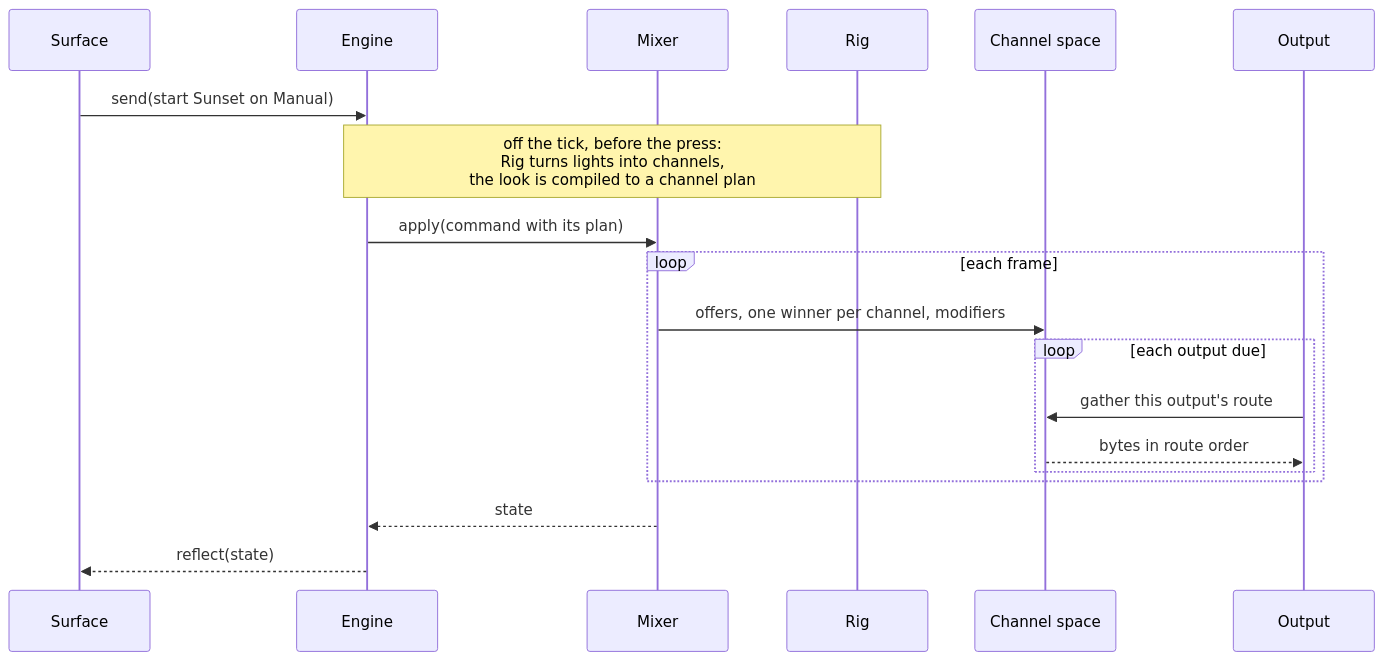
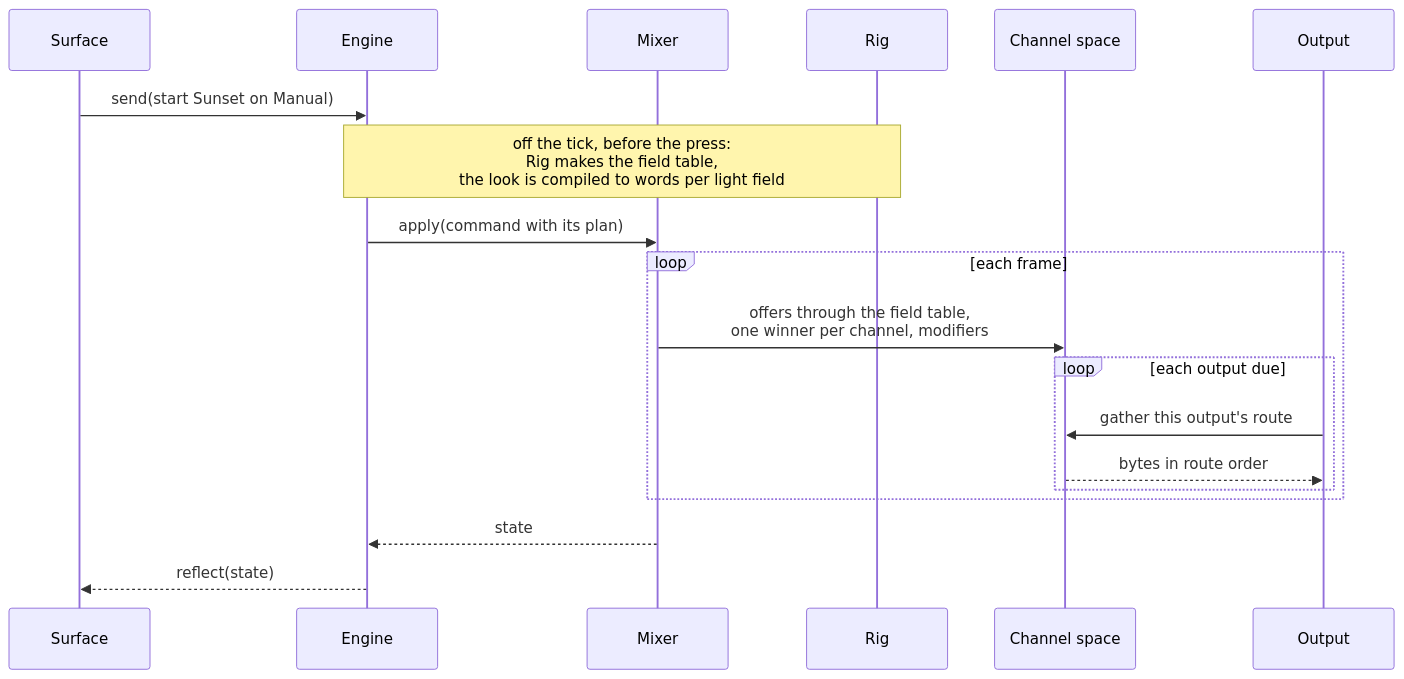
Before and after one commit to abossard/bossylights: the fifth of 6 diagrams in docs/design/modules.md, drawn with Mermaid. The commit also changed other lines of this file and 63 other files, not shown here.

First line of the commit message:
#250 L3: one mixer per channel; plays and grabs offer words through the field table

````diff
--- a/docs/design/modules.md
+++ b/docs/design/modules.md
@@ -153,21 +154,21 @@
 ```mermaid
 sequenceDiagram
   participant S as Surface
   participant D as Engine
   participant M as Mixer
   participant R as Rig
   participant C as Channel space
   participant O as Output
   S->>D: send(start Sunset on Manual)
-  Note over D,R: off the tick, before the press:<br/>Rig turns lights into channels,<br/>the look is compiled to a channel plan
+  Note over D,R: off the tick, before the press:<br/>Rig makes the field table,<br/>the look is compiled to words per light field
   D->>M: apply(command with its plan)
   loop each frame
-    M->>C: offers, one winner per channel, modifiers
+    M->>C: offers through the field table,<br/>one winner per channel, modifiers
     loop each output due
       O->>C: gather this output's route
       C-->>O: bytes in route order
     end
   end
   M-->>D: state
   D-->>S: reflect(state)
 ```
````
